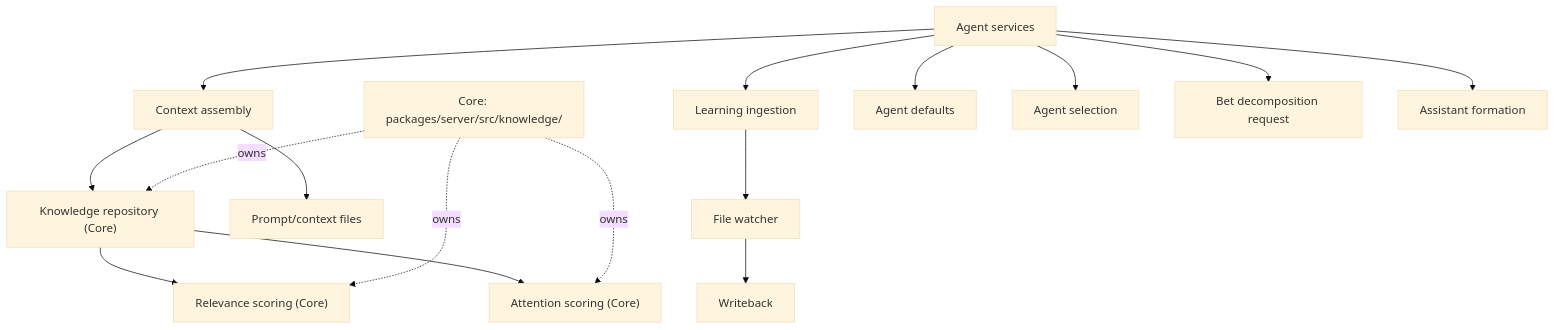
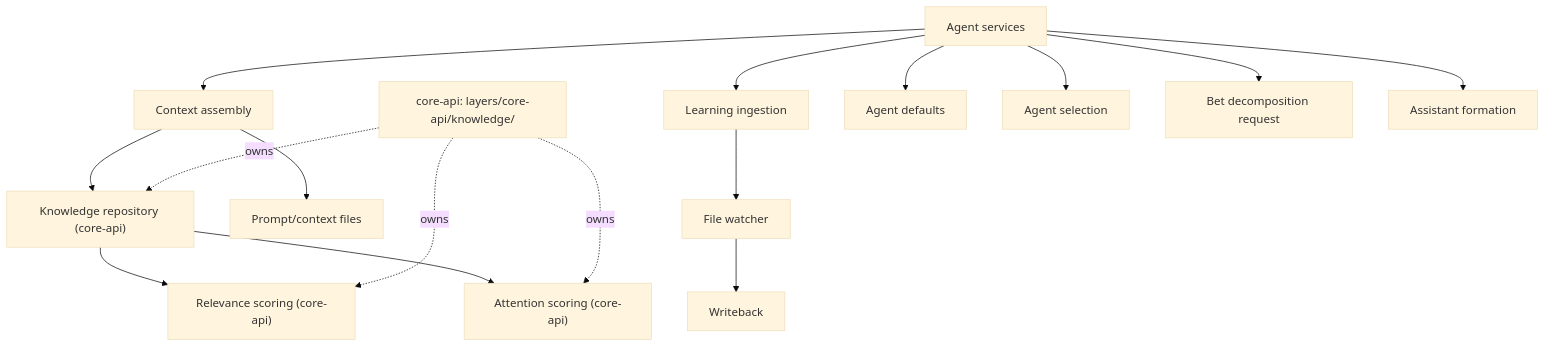
One commit to idle-builders/hyperidle changed the ninth of 12 diagrams in docs/architecture/as-implemented-domain-architecture.md. Above: the diagram before and after it, drawn with Mermaid (base theme). The commit also changed other lines of this file and 131 other files, not shown here.

````diff
--- a/docs/architecture/as-implemented-domain-architecture.md
+++ b/docs/architecture/as-implemented-domain-architecture.md
@@ -290,22 +290,22 @@
 ```mermaid
 flowchart TB
   AgentServices["Agent services"]
-  CoreKnowledge["Core: packages/server/src/knowledge/"]
+  CoreKnowledge["core-api: layers/core-api/knowledge/"]
 
   AgentServices --> ContextAssembly["Context assembly"]
   AgentServices --> LearningIngestion["Learning ingestion"]
   AgentServices --> AgentDefaults["Agent defaults"]
   AgentServices --> AgentSelection["Agent selection"]
   AgentServices --> BetDecompose["Bet decomposition request"]
   AgentServices --> AssistantForm["Assistant formation"]
 
-  ContextAssembly --> KnowledgeRepo["Knowledge repository (Core)"]
+  ContextAssembly --> KnowledgeRepo["Knowledge repository (core-api)"]
   ContextAssembly --> PromptFiles["Prompt/context files"]
   LearningIngestion --> FileWatcher["File watcher"]
   FileWatcher --> Writeback["Writeback"]
-  KnowledgeRepo --> Relevance["Relevance scoring (Core)"]
-  KnowledgeRepo --> Attention["Attention scoring (Core)"]
+  KnowledgeRepo --> Relevance["Relevance scoring (core-api)"]
+  KnowledgeRepo --> Attention["Attention scoring (core-api)"]
   CoreKnowledge -.owns.-> KnowledgeRepo
   CoreKnowledge -.owns.-> Relevance
   CoreKnowledge -.owns.-> Attention
 ```
````
